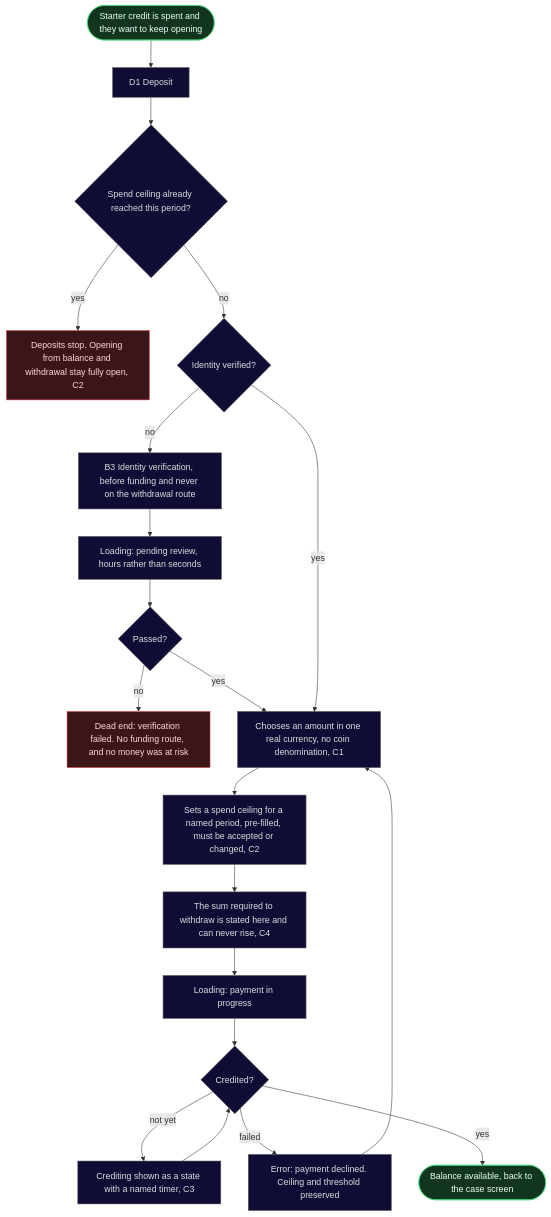
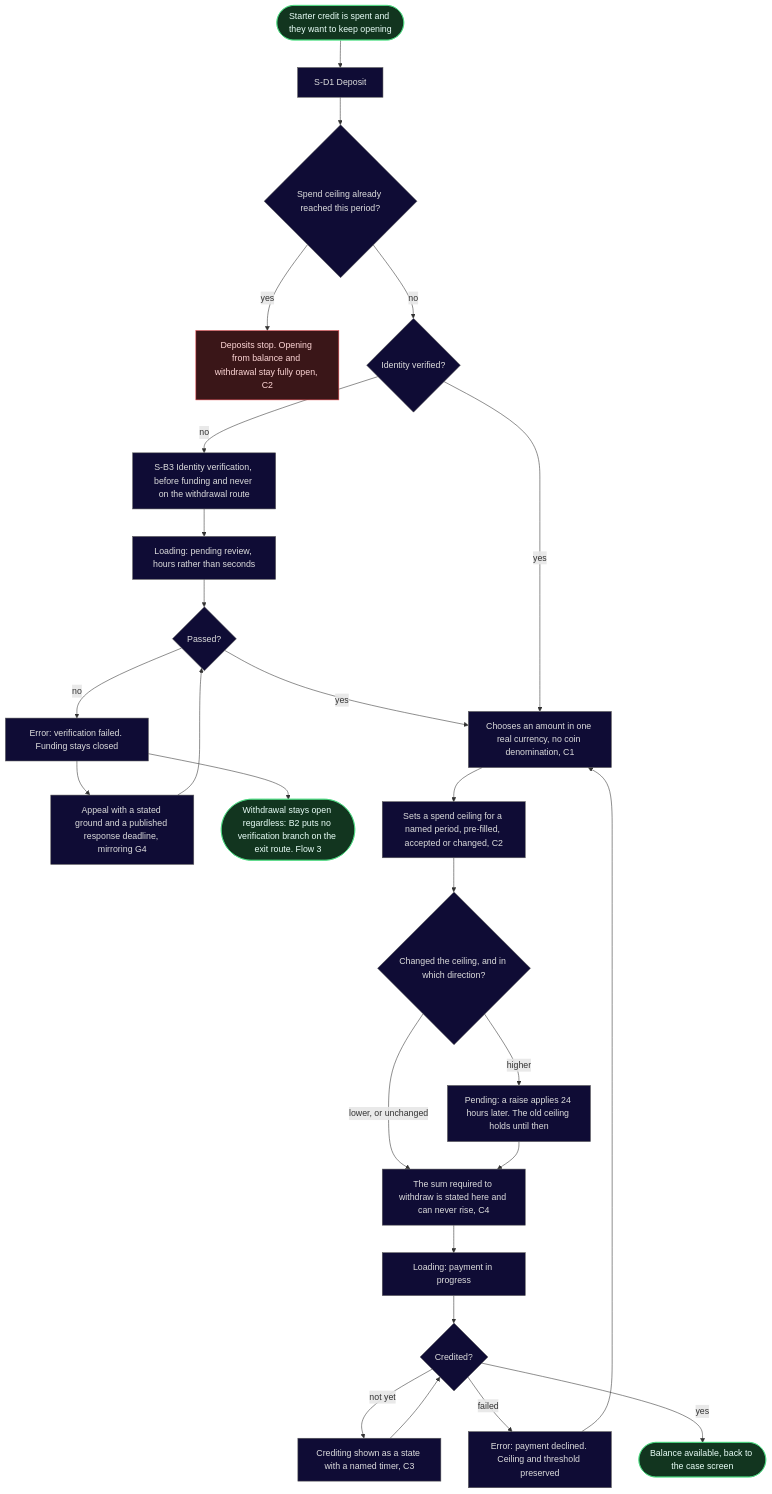
One commit to sergiodesign4u-dot/cs2-clutch changed the third of 5 diagrams in ia/docs/flows.md. Above: the diagram before and after it, drawn with Mermaid. The commit also changed other lines of this file and 4 other files, not shown here.

````diff
--- a/ia/docs/flows.md
+++ b/ia/docs/flows.md
@@ -81,29 +120,35 @@
 ```mermaid
 flowchart TD
-    D0(["Starter credit is spent and they want to keep opening"]) --> Dep["D1 Deposit"]
+    D0(["Starter credit is spent and they want to keep opening"]) --> Dep["S-D1 Deposit"]
     Dep --> Hit{"Spend ceiling already reached this period?"}
     Hit -->|yes| Stop["Deposits stop. Opening from balance and withdrawal stay fully open, C2"]
     Hit -->|no| Ver{"Identity verified?"}
-    Ver -->|no| Ident["B3 Identity verification, before funding and never on the withdrawal route"]
+    Ver -->|no| Ident["S-B3 Identity verification, before funding and never on the withdrawal route"]
     Ident --> IdWait["Loading: pending review, hours rather than seconds"]
     IdWait --> IdOk{"Passed?"}
-    IdOk -->|no| IdFail["Dead end: verification failed. No funding route, and no money was at risk"]
+    IdOk -->|no| IdFail["Error: verification failed. Funding stays closed"]
+    IdFail --> IdAppeal["Appeal with a stated ground and a published response deadline, mirroring G4"]
+    IdAppeal --> IdOk
+    IdFail --> Exit2(["Withdrawal stays open regardless: B2 puts no verification branch on the exit route. Flow 3"])
     IdOk -->|yes| Amount["Chooses an amount in one real currency, no coin denomination, C1"]
     Ver -->|yes| Amount
-    Amount --> Ceiling["Sets a spend ceiling for a named period, pre-filled, must be accepted or changed, C2"]
-    Ceiling --> Threshold["The sum required to withdraw is stated here and can never rise, C4"]
+    Amount --> Ceiling["Sets a spend ceiling for a named period, pre-filled, accepted or changed, C2"]
+    Ceiling --> Dir{"Changed the ceiling, and in which direction?"}
+    Dir -->|"lower, or unchanged"| Threshold["The sum required to withdraw is stated here and can never rise, C4"]
+    Dir -->|higher| Pending24["Pending: a raise applies 24 hours later. The old ceiling holds until then"]
+    Pending24 --> Threshold
     Threshold --> Pay["Loading: payment in progress"]
     Pay --> Credited{"Credited?"}
     Credited -->|"not yet"| Pending["Crediting shown as a state with a named timer, C3"]
     Pending --> Credited
     Credited -->|failed| PayErr["Error: payment declined. Ceiling and threshold preserved"]
     PayErr --> Amount
     Credited -->|yes| Bal(["Balance available, back to the case screen"])
 
     classDef success fill:#12351f,stroke:#4ade80,color:#eafff9;
     classDef dead fill:#3a1618,stroke:#e5484d,color:#ffd7d7;
     classDef neutral fill:#0f0c35,stroke:#5a5a5a,color:#dddddd;
-    class D0,Bal success;
-    class Stop,IdFail dead;
-    class Dep,Hit,Ver,Ident,IdWait,IdOk,Amount,Ceiling,Threshold,Pay,Credited,Pending,PayErr neutral;
+    class D0,Bal,Exit2 success;
+    class Stop dead;
+    class Dep,Hit,Ver,Ident,IdWait,IdOk,IdFail,IdAppeal,Amount,Ceiling,Dir,Pending24,Threshold,Pay,Credited,Pending,PayErr neutral;
 ```
````
